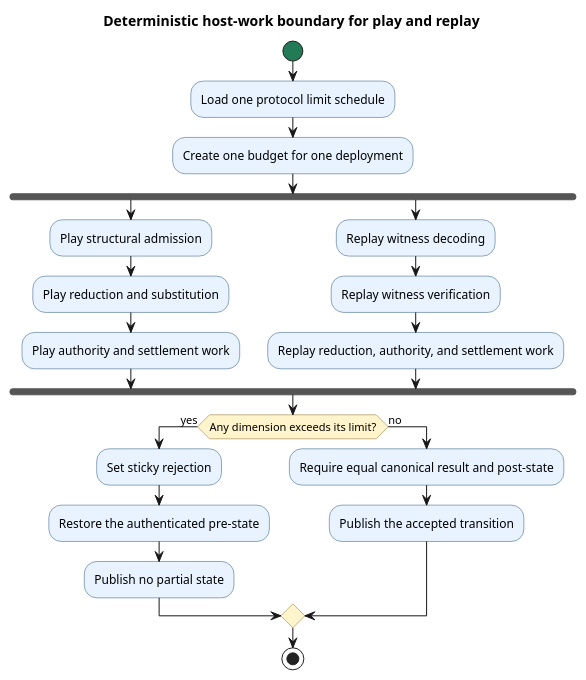
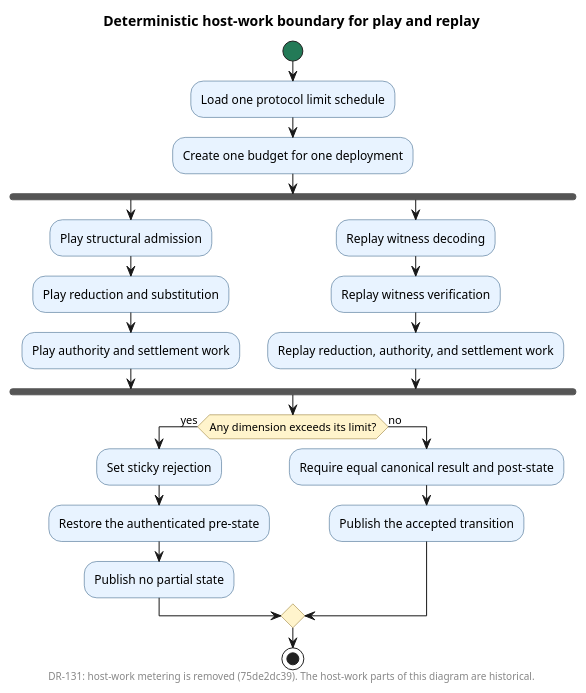
The diagram in docs/casper/theory/diagrams/host-work-budget-play-replay.puml (F1R3FLY-io/f1r3node-rust), drawn with PlantUML before and after one commit. The commit also changed 49 other files, not shown here.

First line of the commit message:
[agent] Record DR-131 and mark the host-work documents as removed (75de2dc39)

```diff
--- a/docs/casper/theory/diagrams/host-work-budget-play-replay.puml
+++ b/docs/casper/theory/diagrams/host-work-budget-play-replay.puml
@@ -1,37 +1,38 @@
 @startuml
 skinparam backgroundColor #FFFFFF
 skinparam shadowing false
 skinparam defaultFontName SansSerif
 skinparam activity {
   BackgroundColor #E8F3FF
   BorderColor #24527A
   DiamondBackgroundColor #FFF4CC
   DiamondBorderColor #8A6D1D
   StartColor #237A57
   EndColor #8B1E3F
 }
 
 title Deterministic host-work boundary for play and replay
+footer DR-131: host-work metering is removed (75de2dc39). The host-work parts of this diagram are historical.
 
 start
 :Load one protocol limit schedule;
 :Create one budget for one deployment;
 fork
   :Play structural admission;
   :Play reduction and substitution;
   :Play authority and settlement work;
 fork again
   :Replay witness decoding;
   :Replay witness verification;
   :Replay reduction, authority, and settlement work;
 end fork
 if (Any dimension exceeds its limit?) then (yes)
   :Set sticky rejection;
   :Restore the authenticated pre-state;
   :Publish no partial state;
 else (no)
   :Require equal canonical result and post-state;
   :Publish the accepted transition;
 endif
 stop
 @enduml
```
